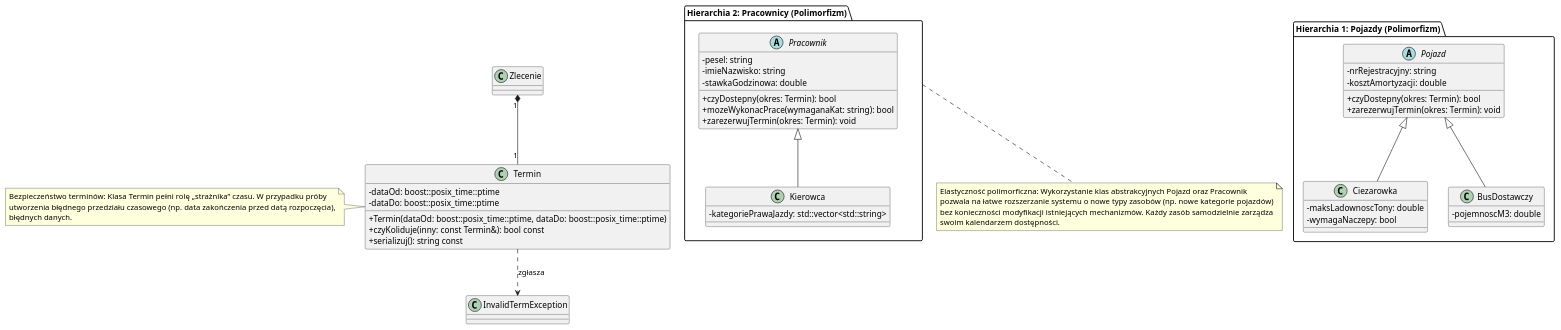
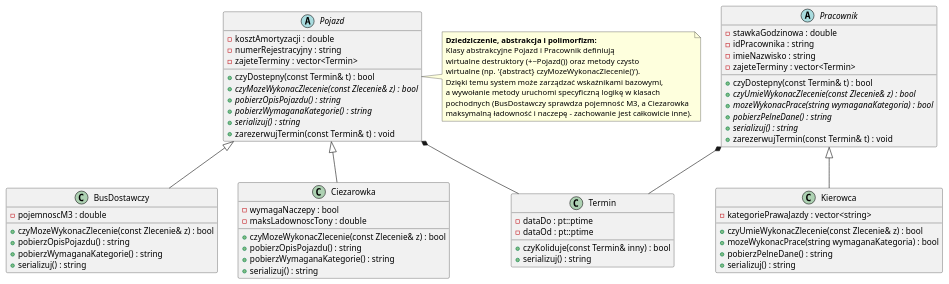
Before and after one commit to michalszutkiewicz/TransportCompany: the diagram in Diagramy UML/Hierarchie zasobów logistycznych.puml, drawn with PlantUML. The commit also changed 2 other files, not shown here.

Commit message:
Zaktualizowany Diagram UML

```diff
--- a/Diagramy UML/Hierarchie zasobów logistycznych.puml
+++ b/Diagramy UML/Hierarchie zasobów logistycznych.puml
@@ -1,64 +1,79 @@
 @startuml
-skinparam classAttributeIconSize 0
 
 class Termin {
-    - dataOd: boost::posix_time::ptime
-    - dataDo: boost::posix_time::ptime
-    + Termin(dataOd: boost::posix_time::ptime, dataDo: boost::posix_time::ptime)
-    + czyKoliduje(inny: const Termin&): bool const
-    + serializuj(): string const
+    +czyKoliduje(const Termin& inny) : bool 
+    -dataDo : pt::ptime
+    -dataOd : pt::ptime
+    +serializuj() : string 
 }
 
-    note left of Termin
-      Bezpieczeństwo terminów: Klasa Termin pełni rolę „strażnika” czasu. W przypadku próby
-      utworzenia błędnego przedziału czasowego (np. data zakończenia przed datą rozpoczęcia),
-      błędnych danych.
-    end note
-
-package "Hierarchia 1: Pojazdy (Polimorfizm)" {
-    abstract class Pojazd {
-        - nrRejestracyjny: string
-        - kosztAmortyzacji: double
-        + czyDostepny(okres: Termin): bool
-        + zarezerwujTermin(okres: Termin): void
-    }
-
-    class Ciezarowka {
-        - maksLadownoscTony: double
-        - wymagaNaczepy: bool
-    }
-
-    class BusDostawczy {
-        - pojemnoscM3: double
-    }
-
-    Pojazd <|-- Ciezarowka
-    Pojazd <|-- BusDostawczy
+abstract class Pojazd {
+    +czyDostepny(const Termin& t) : bool 
+    +{abstract} czyMozeWykonacZlecenie(const Zlecenie& z) : bool 
+    -kosztAmortyzacji : double
+    -numerRejestracyjny : string
+    +{abstract} pobierzOpisPojazdu() : string
+    +{abstract} pobierzWymaganaKategorie() : string
+    +{abstract} serializuj() : string 
+    -zajeteTerminy : vector<Termin>
+    +zarezerwujTermin(const Termin& t) : void
 }
 
-package "Hierarchia 2: Pracownicy (Polimorfizm)" {
-    abstract class Pracownik {
-        - pesel: string
-        - imieNazwisko: string
-        - stawkaGodzinowa: double
-        + czyDostepny(okres: Termin): bool
-        + mozeWykonacPrace(wymaganaKat: string): bool
-        + zarezerwujTermin(okres: Termin): void
-    }
-
-    class Kierowca {
-        - kategoriePrawaJazdy: std::vector<std::string>
-    }
-
-    Pracownik <|-- Kierowca
+class BusDostawczy {
+    +czyMozeWykonacZlecenie(const Zlecenie& z) : bool
+    -pojemnoscM3 : double
+    +pobierzOpisPojazdu() : string
+    +pobierzWymaganaKategorie() : string
+    +serializuj() : string 
 }
 
-    note bottom of "Hierarchia 2: Pracownicy (Polimorfizm)"
-      Elastyczność polimorficzna: Wykorzystanie klas abstrakcyjnych Pojazd oraz Pracownik
-      pozwala na łatwe rozszerzanie systemu o nowe typy zasobów (np. nowe kategorie pojazdów)
-      bez konieczności modyfikacji istniejących mechanizmów. Każdy zasób samodzielnie zarządza
-      swoim kalendarzem dostępności.
-    end note
-Zlecenie "1" *-- "1" Termin
-Termin ..> InvalidTermException : «zgłasza»
+class Ciezarowka {
+     +czyMozeWykonacZlecenie(const Zlecenie& z) : bool
+    -wymagaNaczepy : bool
+    -maksLadownoscTony : double
+    +pobierzOpisPojazdu() : string
+    +pobierzWymaganaKategorie() : string
+    +serializuj() : string 
+}
+
+abstract class Pracownik {
+    +czyDostepny(const Termin& t) : bool 
+    +{abstract} czyUmieWykonacZlecenie(const Zlecenie& z) : bool 
+    +{abstract} mozeWykonacPrace(string wymaganaKategoria) : bool
+    -stawkaGodzinowa : double
+    -idPracownika : string
+    -imieNazwisko : string
+    +{abstract} pobierzPelneDane() : string
+    +{abstract} serializuj() : string 
+    -zajeteTerminy : vector<Termin>
+    +zarezerwujTermin(const Termin& t) : void
+}
+
+class Kierowca {
+    +czyUmieWykonacZlecenie(const Zlecenie& z) : bool
+    +mozeWykonacPrace(string wymaganaKategoria) : bool 
+    +pobierzPelneDane() : string
+    +serializuj() : string 
+    -kategoriePrawaJazdy : vector<string>
+}
+
+/' Relacje '/
+Pojazd <|-- BusDostawczy
+Pojazd <|-- Ciezarowka
+Pracownik <|-- Kierowca
+
+Pojazd *-- Termin
+Pracownik *-- Termin
+
+note right of Pojazd
+  **Dziedziczenie, abstrakcja i polimorfizm:**
+  Klasy abstrakcyjne Pojazd i Pracownik definiują
+  wirtualne destruktory (+~Pojazd()) oraz metody czysto
+  wirtualne (np. '{abstract} czyMozeWykonacZlecenie()').
+  Dzięki temu system może zarządzać wskaźnikami bazowymi,
+  a wywołanie metody uruchomi specyficzną logikę w klasach
+  pochodnych (BusDostawczy sprawdza pojemność M3, a Ciezarowka
+  maksymalną ładowność i naczepę - zachowanie jest całkowicie inne).
+end note
+
 @enduml
```
